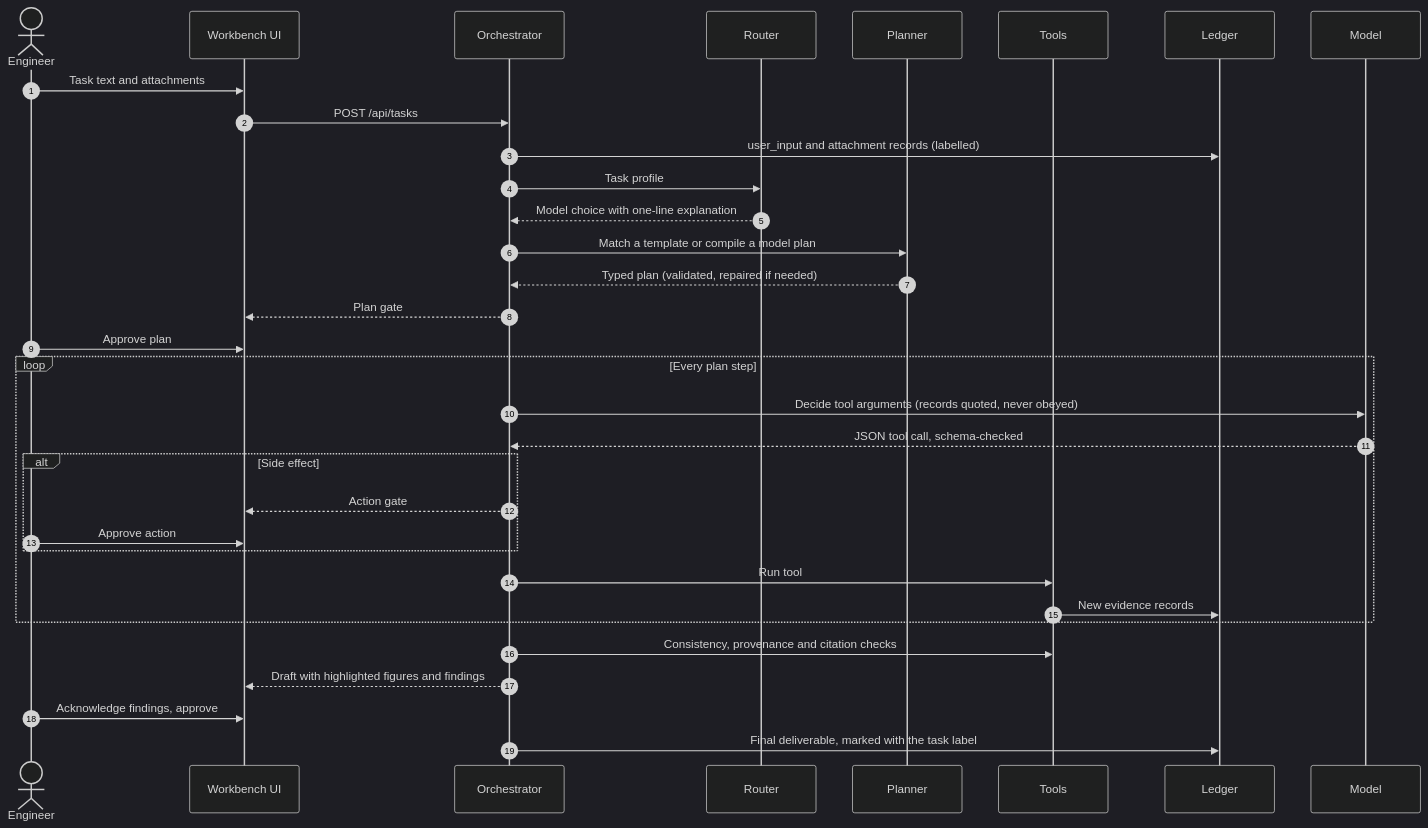
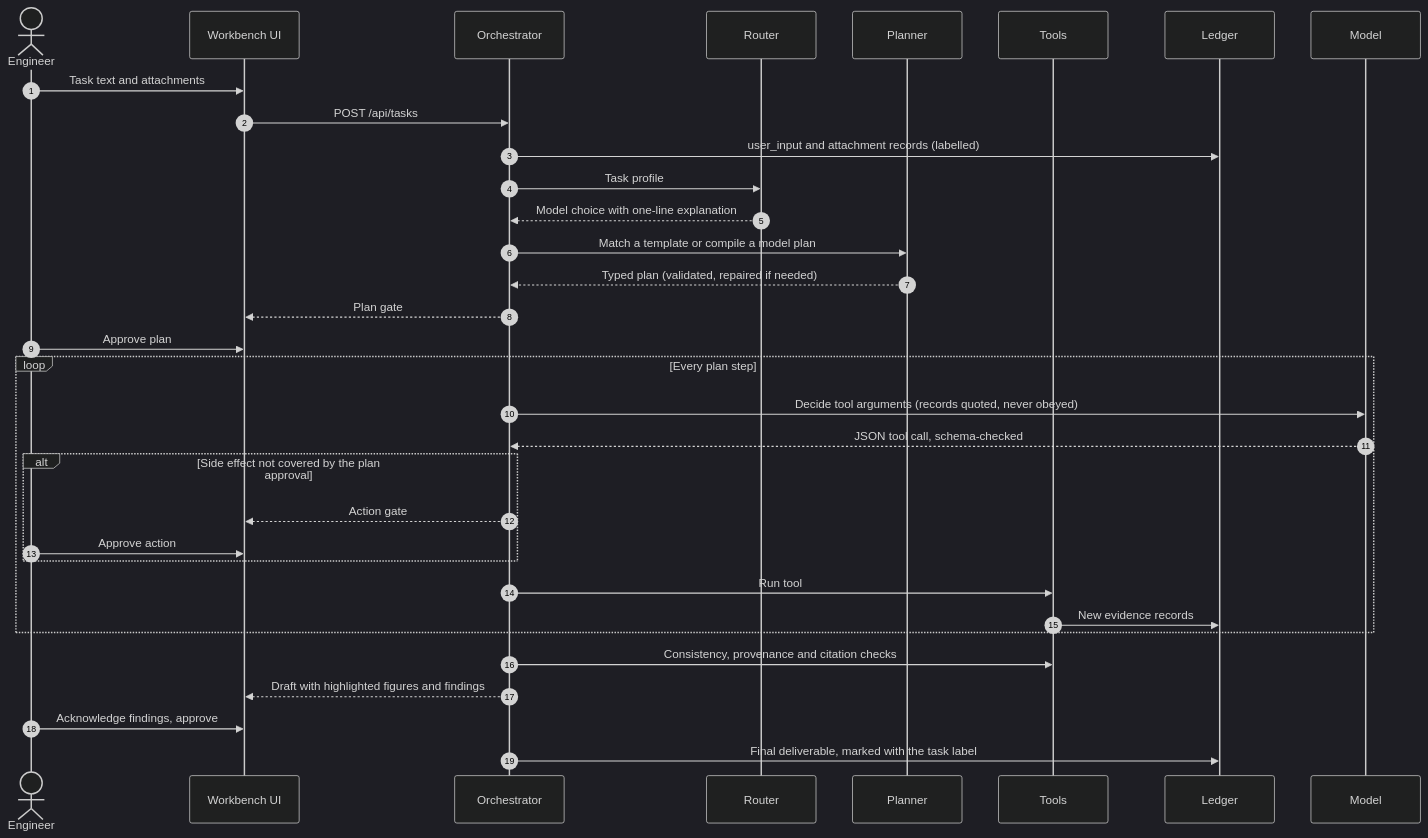
The second of 2 diagrams in README.md (Rishi0507/Sovereign-AI-Workbench), drawn with Mermaid (dark theme) before and after one commit. The commit also changed 10 other files, not shown here.

````diff
--- a/README.md
+++ b/README.md
@@ -97,36 +97,36 @@
 ```mermaid
 sequenceDiagram
     autonumber
     actor E as Engineer
     participant UI as Workbench UI
     participant O as Orchestrator
     participant R as Router
     participant P as Planner
     participant T as Tools
     participant L as Ledger
     participant M as Model
 
     E->>UI: Task text and attachments
     UI->>O: POST /api/tasks
     O->>L: user_input and attachment records (labelled)
     O->>R: Task profile
     R-->>O: Model choice with one-line explanation
     O->>P: Match a template or compile a model plan
     P-->>O: Typed plan (validated, repaired if needed)
     O-->>UI: Plan gate
     E->>UI: Approve plan
     loop Every plan step
         O->>M: Decide tool arguments (records quoted, never obeyed)
         M-->>O: JSON tool call, schema-checked
-        alt Side effect
+        alt Side effect not covered by the plan approval
             O-->>UI: Action gate
             E->>UI: Approve action
         end
         O->>T: Run tool
         T->>L: New evidence records
     end
     O->>T: Consistency, provenance and citation checks
     O-->>UI: Draft with highlighted figures and findings
     E->>UI: Acknowledge findings, approve
     O->>L: Final deliverable, marked with the task label
 ```
````
